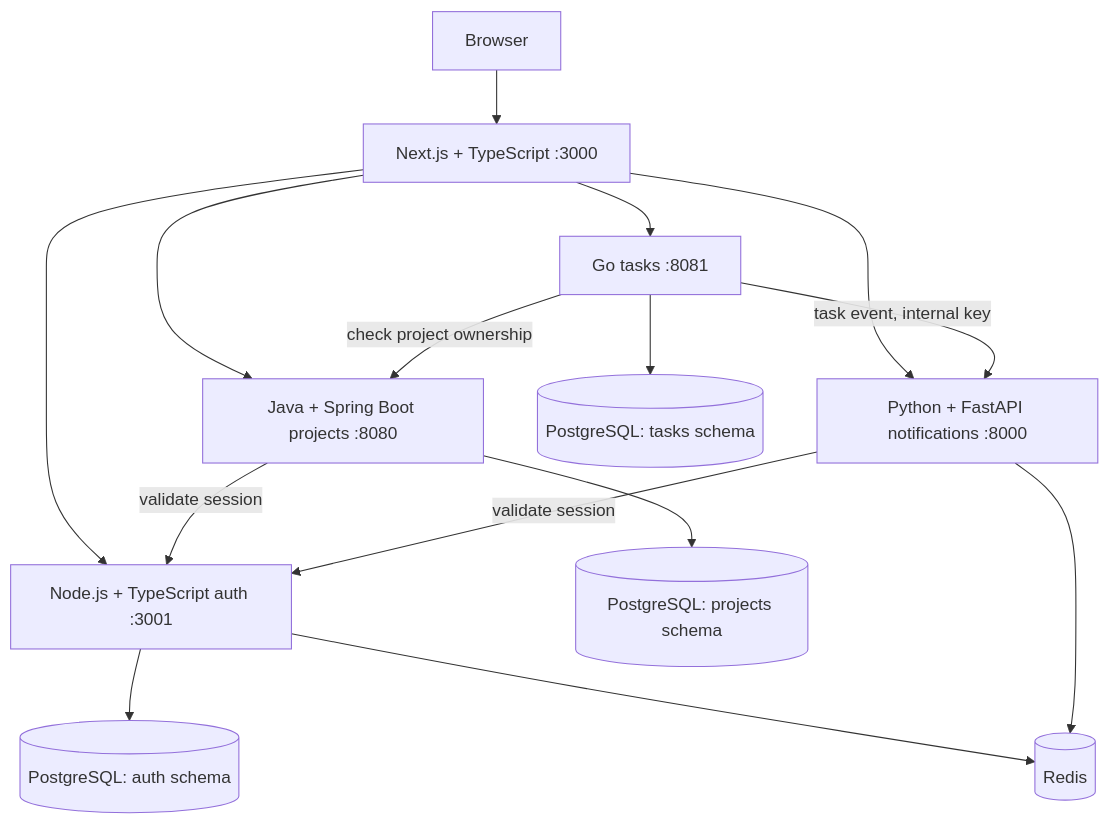
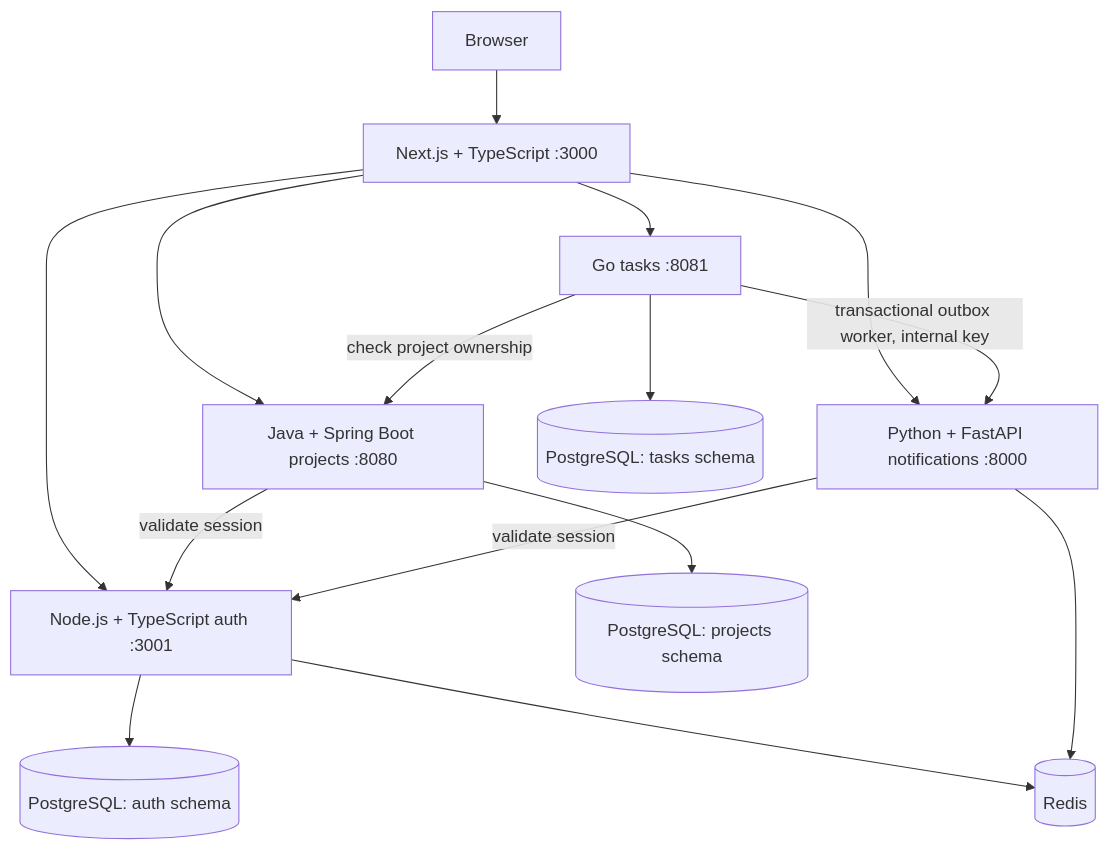
One commit to DeucesDevops/taskflow changed the diagram in docs/architecture.md. Above: the diagram before and after it, drawn with Mermaid. The commit also changed other lines of this file and 67 other files, not shown here.

````diff
--- a/docs/architecture.md
+++ b/docs/architecture.md
@@ -3,17 +3,17 @@
 ```mermaid
 flowchart TD
     Browser[Browser] --> Frontend[Next.js + TypeScript :3000]
     Frontend --> Auth[Node.js + TypeScript auth :3001]
     Frontend --> Projects[Java + Spring Boot projects :8080]
     Frontend --> Tasks[Go tasks :8081]
     Frontend --> Notifications[Python + FastAPI notifications :8000]
     Projects -->|validate session| Auth
     Tasks -->|check project ownership| Projects
-    Tasks -->|task event, internal key| Notifications
+    Tasks -->|transactional outbox worker, internal key| Notifications
     Notifications -->|validate session| Auth
     Auth --> Postgres[(PostgreSQL: auth schema)]
     Projects --> ProjectDB[(PostgreSQL: projects schema)]
     Tasks --> TaskDB[(PostgreSQL: tasks schema)]
     Auth --> Redis[(Redis)]
     Notifications --> Redis
 ```
````
